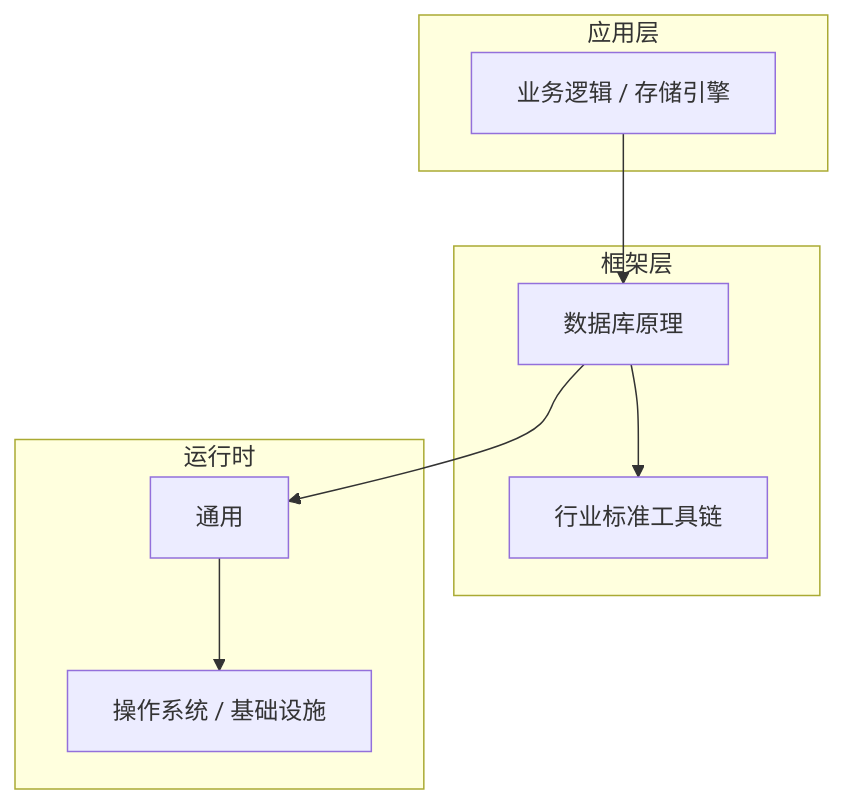
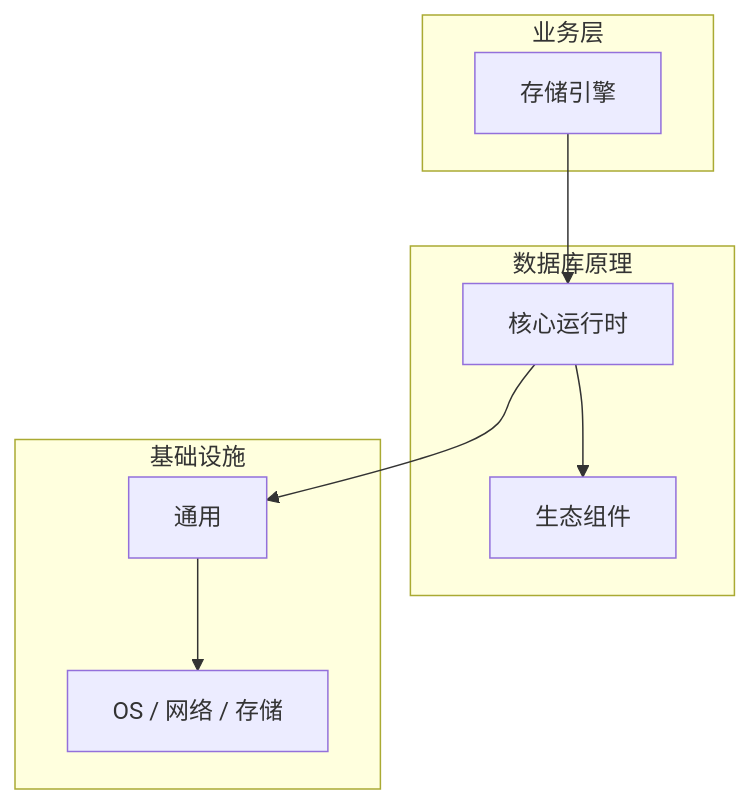
The diagram in articles/数据库原理/chapters/072-存储引擎核心概念与原理.md (yanggan2015/knowledge-json-v2), drawn with Mermaid before and after one commit. The commit also changed other lines of this file and 10127 other files, not shown here.

````diff
--- a/articles/数据库原理/chapters/072-存储引擎核心概念与原理.md
+++ b/articles/数据库原理/chapters/072-存储引擎核心概念与原理.md
@@ -45,18 +34,18 @@
 ```mermaid
 graph TB
-    subgraph 应用层
-        A[业务逻辑 / 存储引擎]
+    subgraph 业务层
+        A[存储引擎]
     end
-    subgraph 框架层
-        B[数据库原理]
-        C[行业标准工具链]
+    subgraph 数据库原理
+        B[核心运行时]
+        C[生态组件]
     end
-    subgraph 运行时
+    subgraph 基础设施
         D[通用]
-        E[操作系统 / 基础设施]
+        E[OS / 网络 / 存储]
     end
     A --> B
     B --> C
     B --> D
     D --> E
 ```
````
